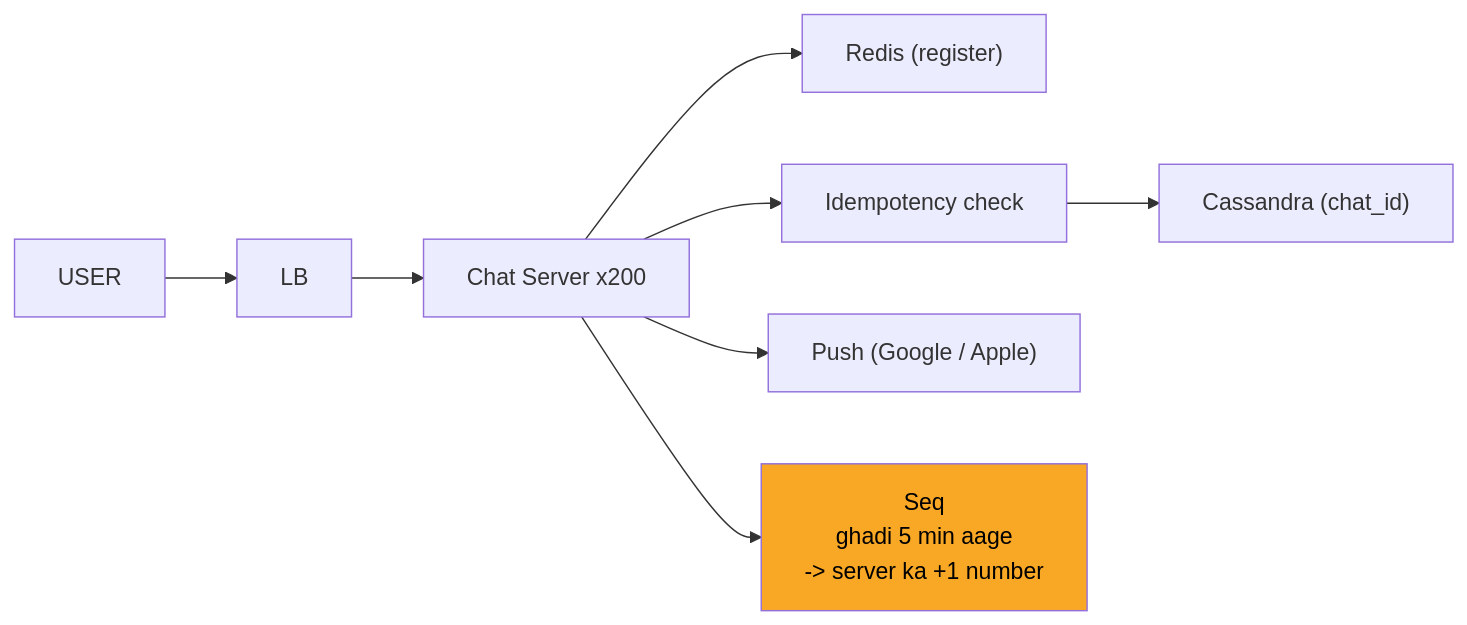
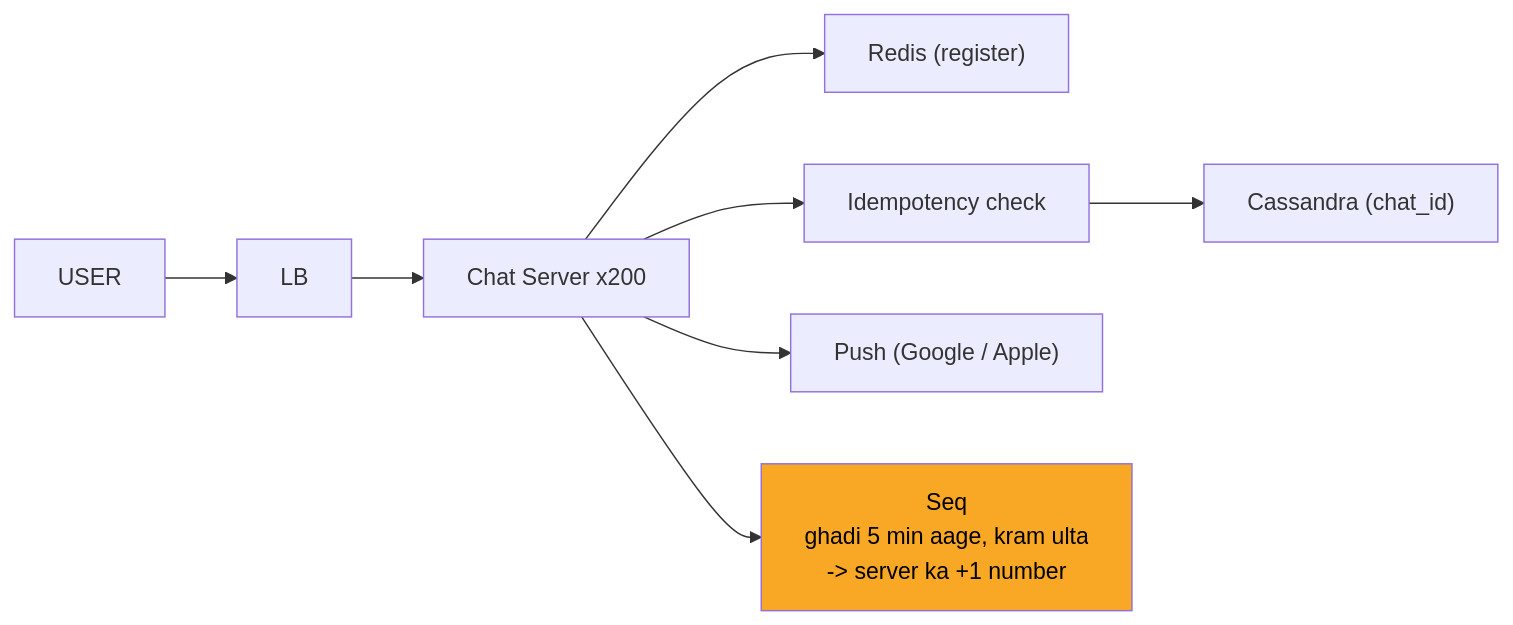
One commit to ArpanMaheshwari144/Prep changed the seventh of 12 diagrams in 04_HLD/SYSTEM_DESIGNS/14_chat_messaging/14_chat_messaging.md. Above: the diagram before and after it, drawn with Mermaid. The commit also changed other lines of this file, not shown here.

Commit message:
chat: audit fixes (msg_ts until card 6 brings seq, real NAHI answers, longer yellow labels, LB yellow, archetype footer, JAD KI BAAT moved)

````diff
--- a/04_HLD/SYSTEM_DESIGNS/14_chat_messaging/14_chat_messaging.md
+++ b/04_HLD/SYSTEM_DESIGNS/14_chat_messaging/14_chat_messaging.md
@@ -287,19 +278,19 @@
 ```mermaid
 flowchart LR
     n_U["USER"]
     n_LB["LB"]
     n_CS["Chat Server x200"]
     n_R["Redis (register)"]
     n_I["Idempotency check"]
     n_CA["Cassandra (chat_id)"]
     n_P["Push (Google / Apple)"]
-    n_SQ["Seq<br/>ghadi 5 min aage<br/>-> server ka +1 number"]
+    n_SQ["Seq<br/>ghadi 5 min aage, kram ulta<br/>-> server ka +1 number"]
     n_U --> n_LB
     n_LB --> n_CS
     n_CS --> n_R
     n_CS --> n_I
     n_I --> n_CA
     n_CS --> n_P
     n_CS --> n_SQ
     style n_SQ fill:#f9a825,color:#000
 ```
````
